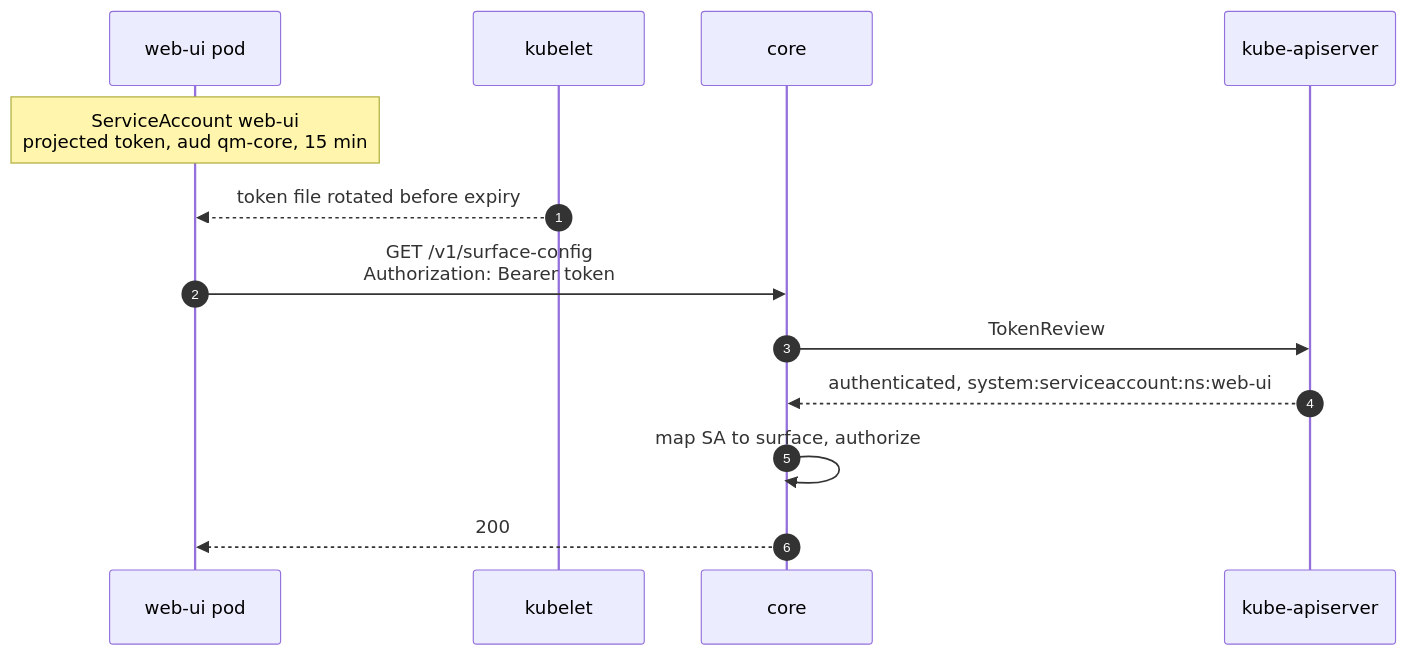
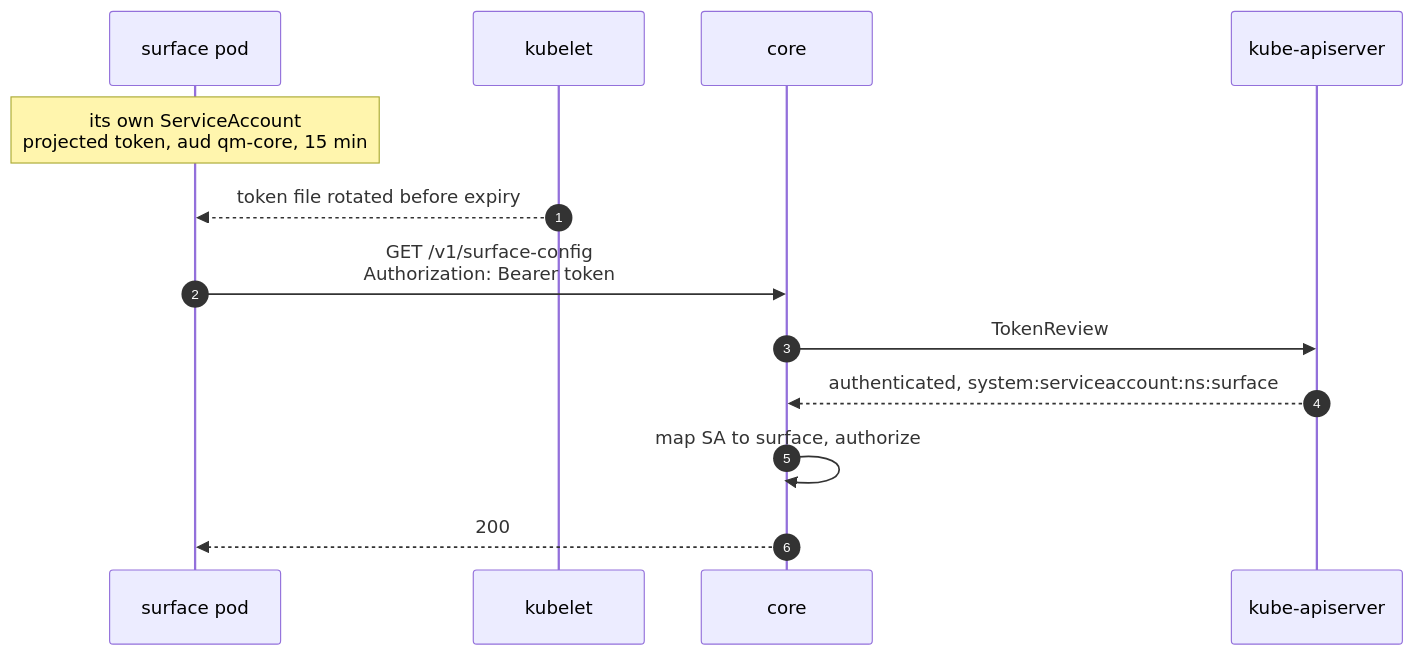
The fourth of 5 diagrams in docs/secretless.md (agentsky/qm), drawn with Mermaid before and after one commit. The commit also changed other lines of this file and 417 other files, not shown here.

````diff
--- a/docs/secretless.md
+++ b/docs/secretless.md
@@ -402,16 +398,16 @@
 ```mermaid
 sequenceDiagram
   autonumber
-  participant W as web-ui pod
+  participant W as surface pod
   participant K as kubelet
   participant Core as core
   participant API as kube-apiserver
 
-  Note over W: ServiceAccount web-ui<br/>projected token, aud qm-core, 15 min
+  Note over W: its own ServiceAccount<br/>projected token, aud qm-core, 15 min
   K-->>W: token file rotated before expiry
   W->>Core: GET /v1/surface-config<br/>Authorization: Bearer token
   Core->>API: TokenReview
-  API-->>Core: authenticated, system:serviceaccount:ns:web-ui
+  API-->>Core: authenticated, system:serviceaccount:ns:surface
   Core->>Core: map SA to surface, authorize
   Core-->>W: 200
 ```
````
